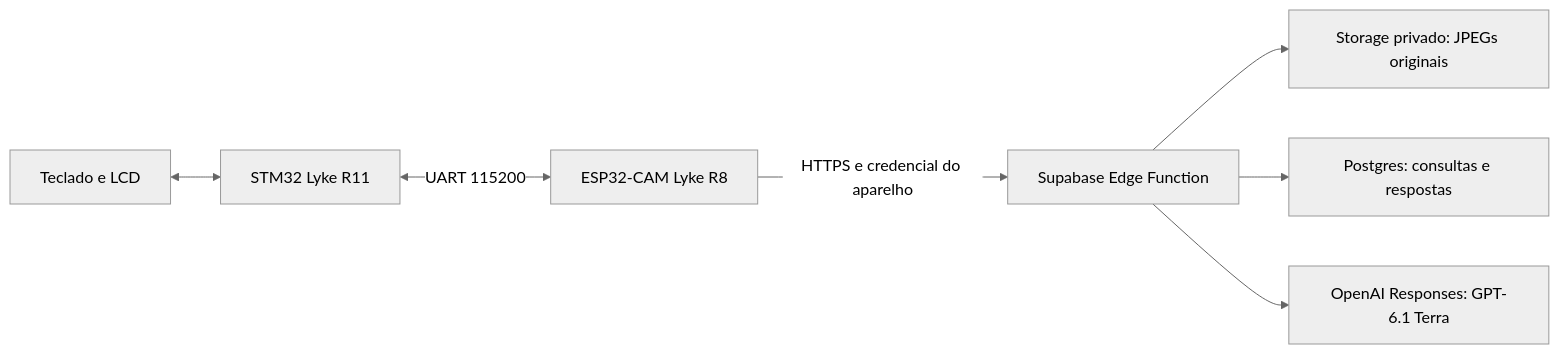
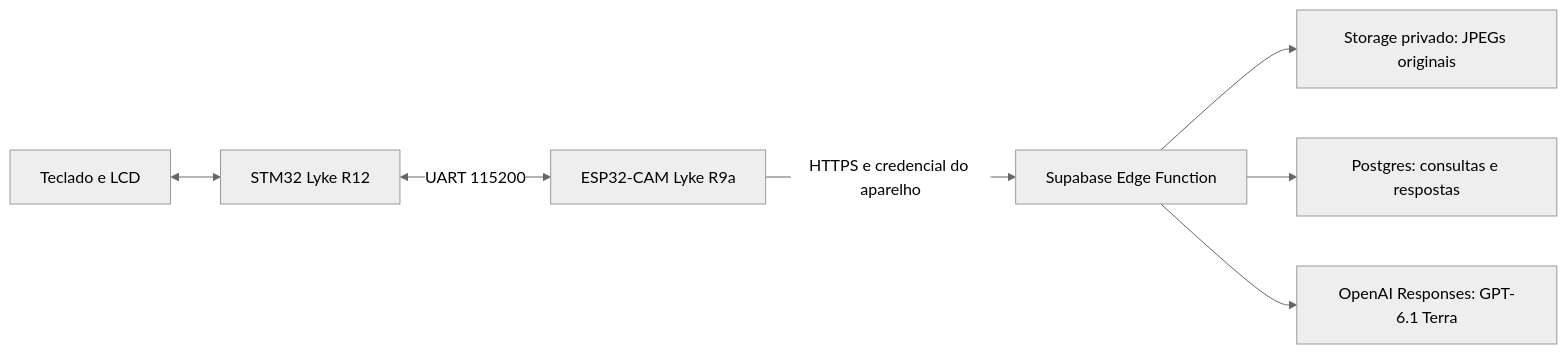
One commit to daniSoares08/camera-esp-lyke changed the diagram in README.md. Above: the diagram before and after it, drawn with Mermaid (neutral theme). The commit also changed other lines of this file and 21 other files, not shown here.

First line of the commit message:
Install R12/R9a and update buyer manual for graphical answers

````diff
--- a/README.md
+++ b/README.md
@@ -87,9 +91,9 @@
 ```mermaid
 flowchart LR
-  K[Teclado e LCD] <--> S[STM32 Lyke R11]
-  S <-- UART 115200 --> E[ESP32-CAM Lyke R8]
+  K[Teclado e LCD] <--> S[STM32 Lyke R12]
+  S <-- UART 115200 --> E[ESP32-CAM Lyke R9a]
   E -- HTTPS e credencial do aparelho --> F[Supabase Edge Function]
   F --> B[Storage privado: JPEGs originais]
   F --> D[Postgres: consultas e respostas]
   F --> O[OpenAI Responses: GPT-6.1 Terra]
 ```
````
